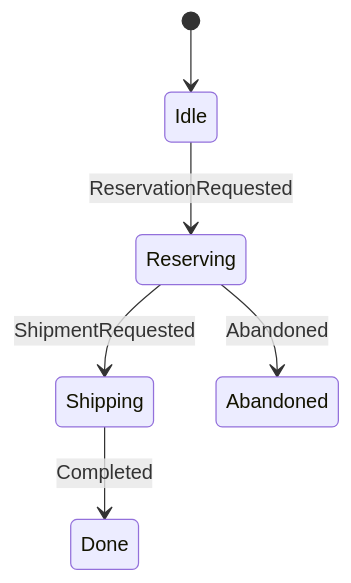
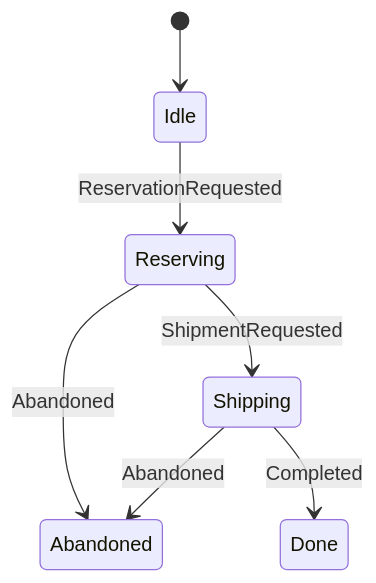
One commit to igouss/rust-service-architecture changed the first of 3 diagrams in docs/views/state-machines.md. Above: the diagram before and after it, drawn with Mermaid. The commit also changed 35 other files, not shown here.

````diff
--- a/docs/views/state-machines.md
+++ b/docs/views/state-machines.md
@@ -10,8 +10,9 @@
 ```mermaid
 stateDiagram-v2
     [*] --> Idle
     Idle --> Reserving: ReservationRequested
     Reserving --> Shipping: ShipmentRequested
     Reserving --> Abandoned: Abandoned
+    Shipping --> Abandoned: Abandoned
     Shipping --> Done: Completed
 ```
````
